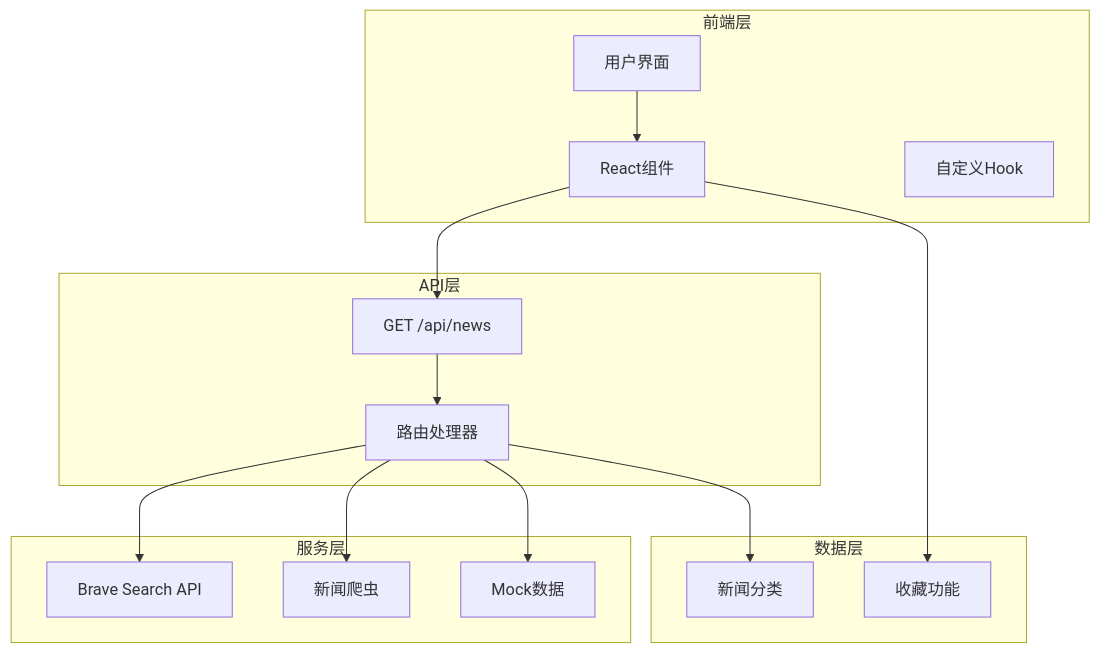
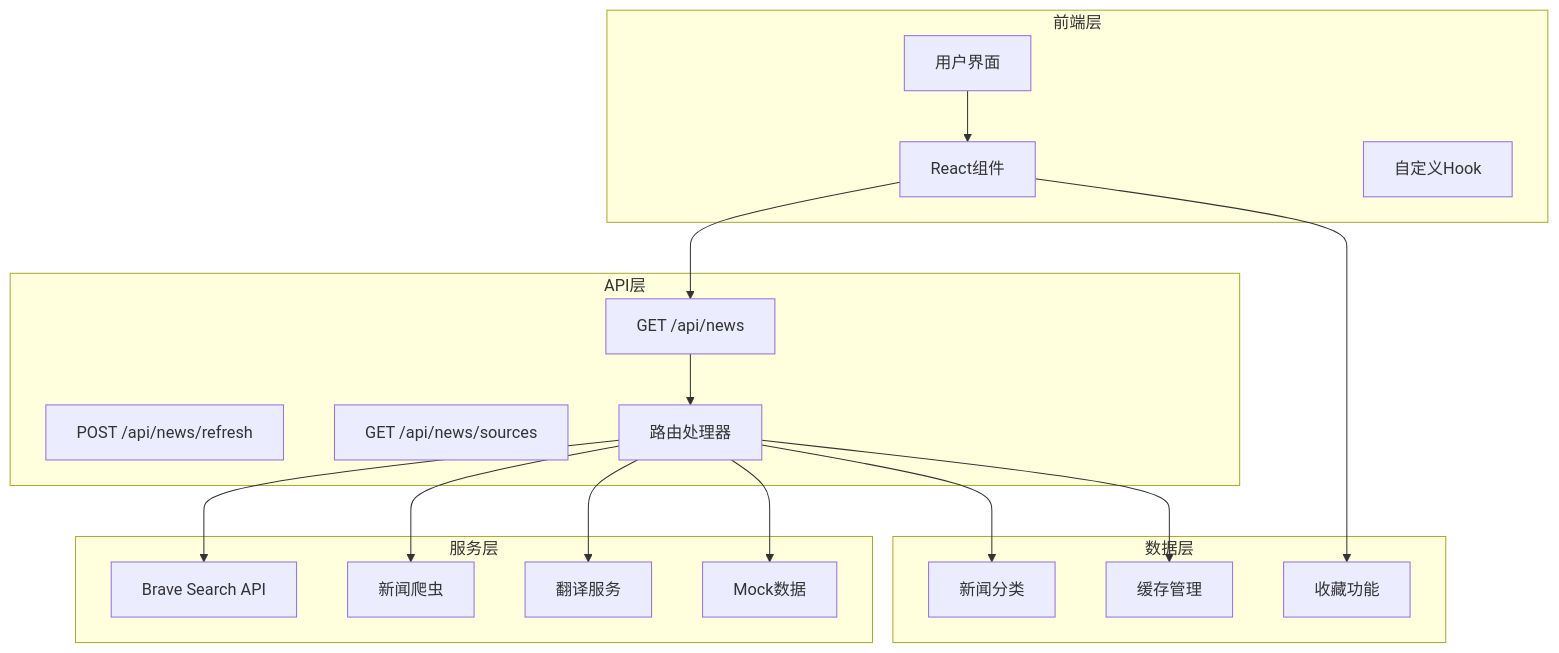
One commit to zuozuoliu740-cmd/xianxiong-news changed the first of 5 diagrams in .qoder/repowiki/zh/content/API接口文档.md. Above: the diagram before and after it, drawn with Mermaid. The commit also changed other lines of this file and 11 other files, not shown here.

````diff
--- a/.qoder/repowiki/zh/content/API接口文档.md
+++ b/.qoder/repowiki/zh/content/API接口文档.md
@@ -43,29 +56,35 @@
 ```mermaid
 graph TB
 subgraph "前端层"
 UI[用户界面]
 Components[React组件]
 Hooks[自定义Hook]
 end
 subgraph "API层"
 NewsRoute[GET /api/news]
+RefreshRoute[POST /api/news/refresh]
+SourcesRoute[GET /api/news/sources]
 RouteHandler[路由处理器]
 end
 subgraph "服务层"
 BraveSearch[Brave Search API]
 NewsScraper[新闻爬虫]
+Translator[翻译服务]
 MockData[Mock数据]
 end
 subgraph "数据层"
 Categories[新闻分类]
 Favorites[收藏功能]
+Cache[缓存管理]
 end
 UI --> Components
 Components --> NewsRoute
 NewsRoute --> RouteHandler
 RouteHandler --> BraveSearch
 RouteHandler --> NewsScraper
+RouteHandler --> Translator
 RouteHandler --> MockData
 RouteHandler --> Categories
+RouteHandler --> Cache
 Components --> Favorites
 ```
````
